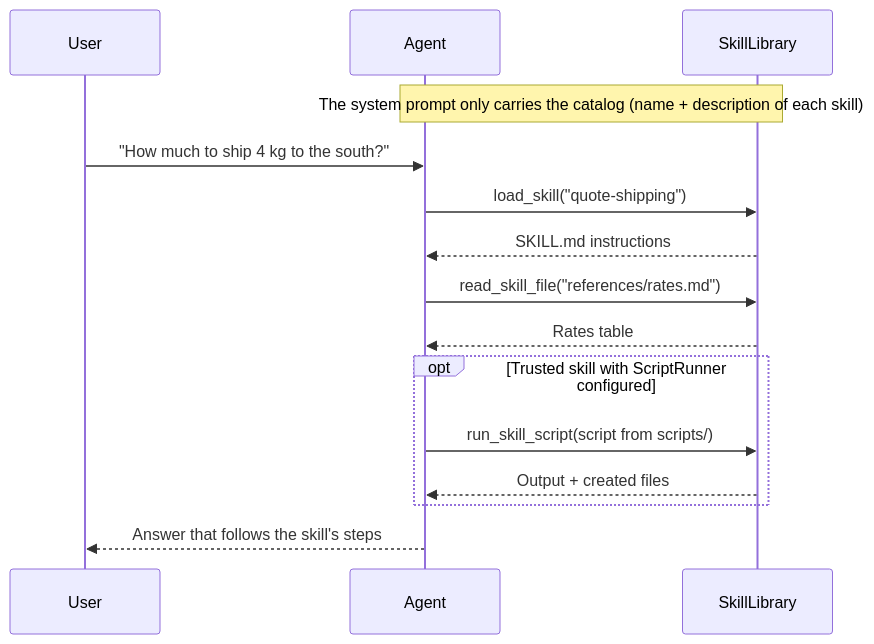
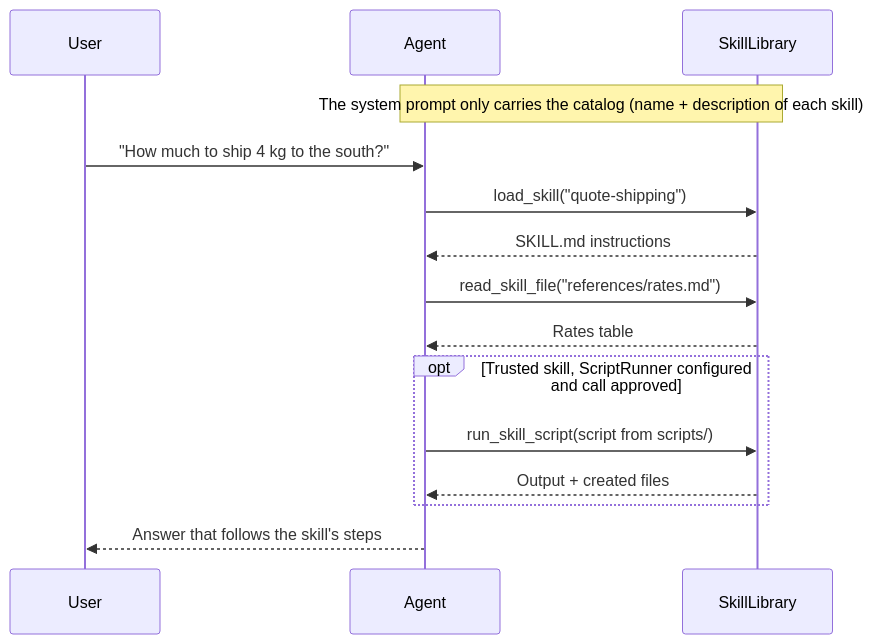
Before and after one commit to bluesmilecl/AiSdk.Net: the diagram in docs/wiki/Skills.md, drawn with Mermaid. The commit also changed other lines of this file and 10 other files, not shown here.

````diff
--- a/docs/wiki/Skills.md
+++ b/docs/wiki/Skills.md
@@ -12,17 +12,17 @@
 ```mermaid
 sequenceDiagram
     participant U as User
     participant A as Agent
     participant L as SkillLibrary
     Note over A,L: The system prompt only carries the catalog (name + description of each skill)
     U->>A: "How much to ship 4 kg to the south?"
     A->>L: load_skill("quote-shipping")
     L-->>A: SKILL.md instructions
     A->>L: read_skill_file("references/rates.md")
     L-->>A: Rates table
-    opt Trusted skill with ScriptRunner configured
+    opt Trusted skill, ScriptRunner configured and call approved
         A->>L: run_skill_script(script from scripts/)
         L-->>A: Output + created files
     end
     A-->>U: Answer that follows the skill's steps
 ```
````
